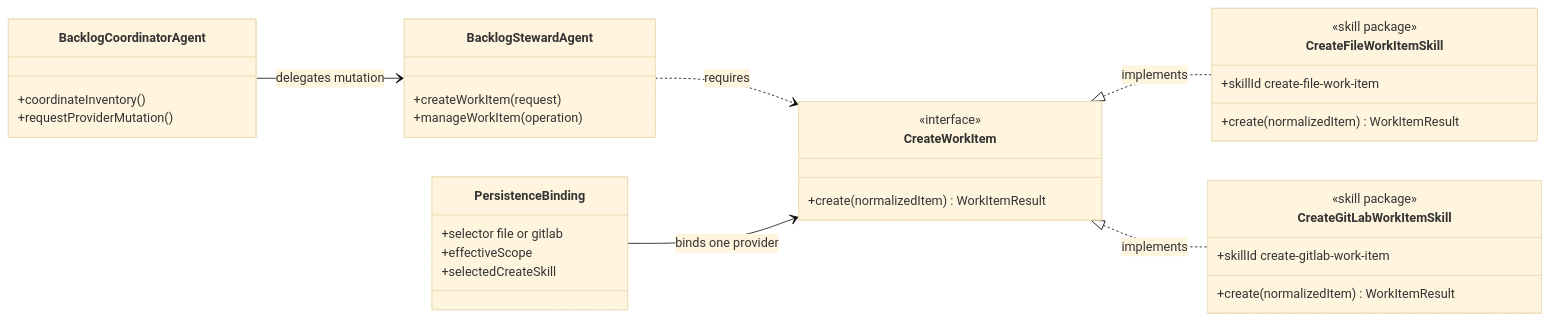
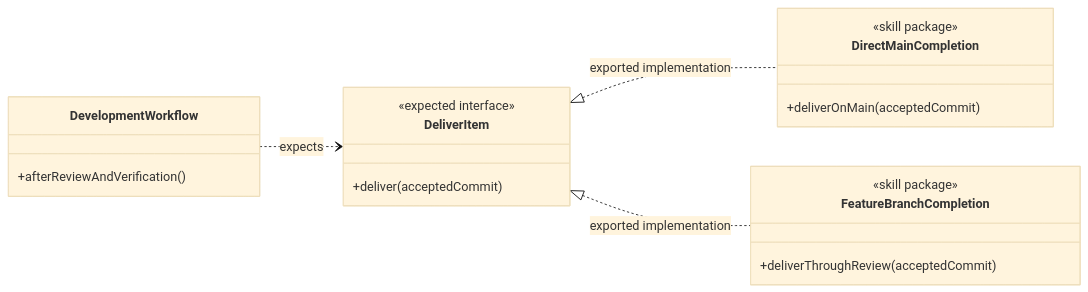
One commit to martinbechard/dev-methodology changed the fourth of 6 diagrams in design/object-oriented-agent-and-skill-model.md. Above: the diagram before and after it, drawn with Mermaid (base theme). The commit also changed other lines of this file and 2 other files, not shown here.

````diff
--- a/design/object-oriented-agent-and-skill-model.md
+++ b/design/object-oriented-agent-and-skill-model.md
@@ -293,43 +195,27 @@
 ```mermaid
 classDiagram
     direction LR
 
-    class BacklogCoordinatorAgent {
-        +coordinateInventory()
-        +requestProviderMutation()
+    class DevelopmentWorkflow {
+        +afterReviewAndVerification()
     }
 
-    class BacklogStewardAgent {
-        +createWorkItem(request)
-        +manageWorkItem(operation)
+    class DeliverItem {
+        <<expected interface>>
+        +deliver(acceptedCommit)
     }
 
-    class CreateWorkItem {
-        <<interface>>
-        +create(normalizedItem) WorkItemResult
+    class DirectMainCompletion {
+        <<skill package>>
+        +deliverOnMain(acceptedCommit)
     }
 
-    class CreateFileWorkItemSkill {
+    class FeatureBranchCompletion {
         <<skill package>>
-        +skillId create-file-work-item
-        +create(normalizedItem) WorkItemResult
+        +deliverThroughReview(acceptedCommit)
     }
 
-    class CreateGitLabWorkItemSkill {
-        <<skill package>>
-        +skillId create-gitlab-work-item
-        +create(normalizedItem) WorkItemResult
-    }
-
-    class PersistenceBinding {
-        +selector file or gitlab
-        +effectiveScope
-        +selectedCreateSkill
-    }
-
-    BacklogCoordinatorAgent --> BacklogStewardAgent : delegates mutation
-    BacklogStewardAgent ..> CreateWorkItem : requires
-    CreateWorkItem <|.. CreateFileWorkItemSkill : implements
-    CreateWorkItem <|.. CreateGitLabWorkItemSkill : implements
-    PersistenceBinding --> CreateWorkItem : binds one provider
+    DevelopmentWorkflow ..> DeliverItem : expects
+    DeliverItem <|.. DirectMainCompletion : exported implementation
+    DeliverItem <|.. FeatureBranchCompletion : exported implementation
 ```
````
